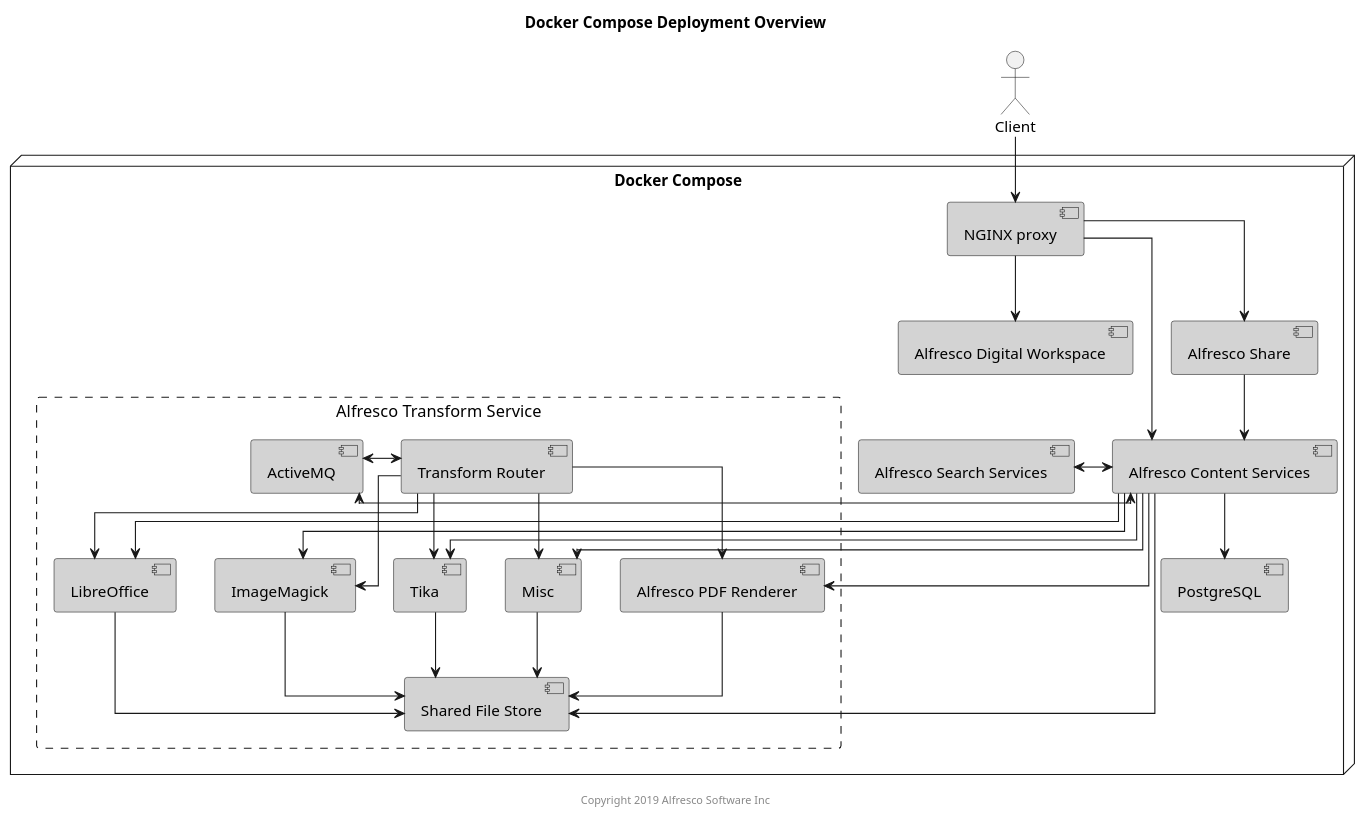
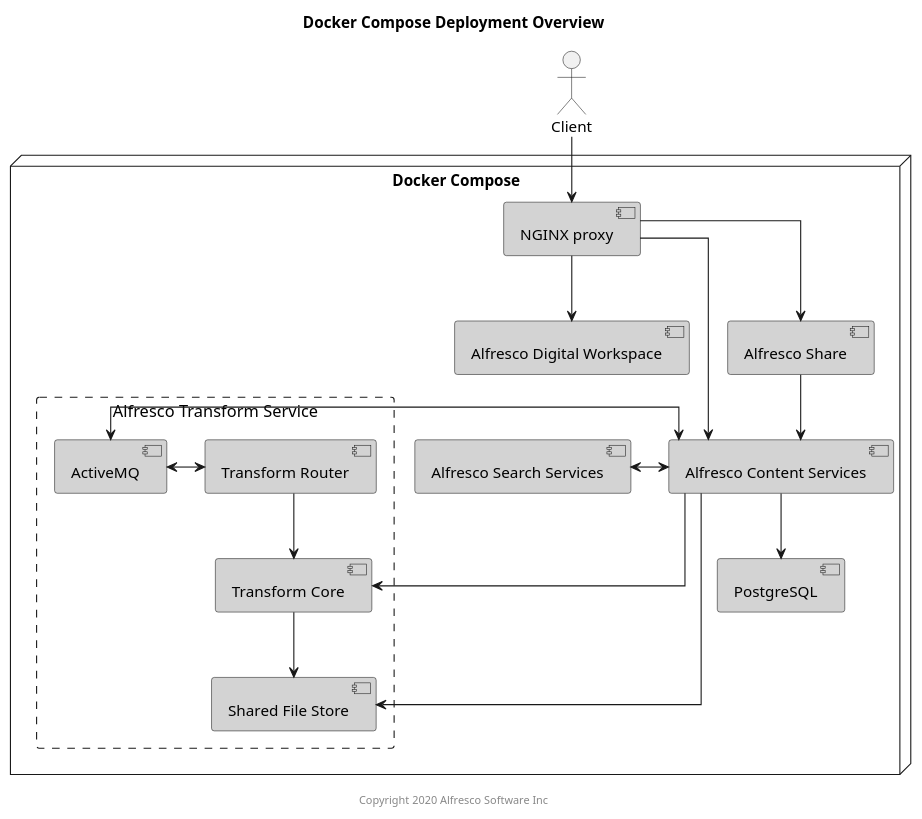
One commit to Alfresco/acs-deployment changed the diagram in docs/diagrams/docker-compose/docker-compose-components.puml. Above: the diagram before and after it, drawn with PlantUML. The commit also changed 1 other file, not shown here.

Commit message:
ATS-707: Update ACS Deployment - Core AIO T-Engine
- update docker-compose components diagram

```diff
--- a/docs/diagrams/docker-compose/docker-compose-components.puml
+++ b/docs/diagrams/docker-compose/docker-compose-components.puml
@@ -1,64 +1,48 @@
 @startuml
 
 Title: Docker Compose Deployment Overview
 
 skinparam componentStyle uml2
 skinparam linetype ortho
 skinparam rectangle {
     BorderStyle dashed
     FontSize 15
     FontStyle none
 }
 
 actor Client
 
 node "Docker Compose" {
     component "NGINX proxy" as proxy #lightgrey
     component "Alfresco Digital Workspace" as adw #lightgrey
     component "Alfresco Content Services" as acs #lightgrey
     component "Alfresco Search Services" as ass #lightgrey
     component "PostgreSQL" as psql #lightgrey
     component "Alfresco Share" as share #lightgrey
     rectangle "Alfresco Transform Service" {
         component "Transform Router" as tr #lightgrey
         component "Shared File Store" as sfs #lightgrey
         component "ActiveMQ" as amq #lightgrey
-        component "Alfresco PDF Renderer" as pdfr #lightgrey
-        component "LibreOffice" as libr #lightgrey
-        component "ImageMagick" as img #lightgrey
-        component "Tika" as tika #lightgrey
-        component "Misc" as misc #lightgrey
+        component "Transform Core" as tcore #lightgrey
     }
 }
 
 Client --> proxy
 
 proxy --> acs
 proxy --> share
 proxy --> adw
 
 acs <-left-> ass
 acs --> psql
-acs --> pdfr
-acs --> libr
-acs --> img
-acs --> tika
-acs --> misc
+acs --> tcore
 acs --> sfs
 acs <-left-> amq
-tr --> pdfr
-tr --> libr
-tr --> img
-tr --> tika
-tr --> misc
+tr --> tcore
 tr <-left-> amq
-pdfr --> sfs
-libr --> sfs
-img --> sfs
-tika --> sfs
-misc --> sfs
+tcore --> sfs
 share --> acs
 
-center footer Copyright 2019 Alfresco Software Inc
+center footer Copyright 2020 Alfresco Software Inc
 
 @enduml
```
